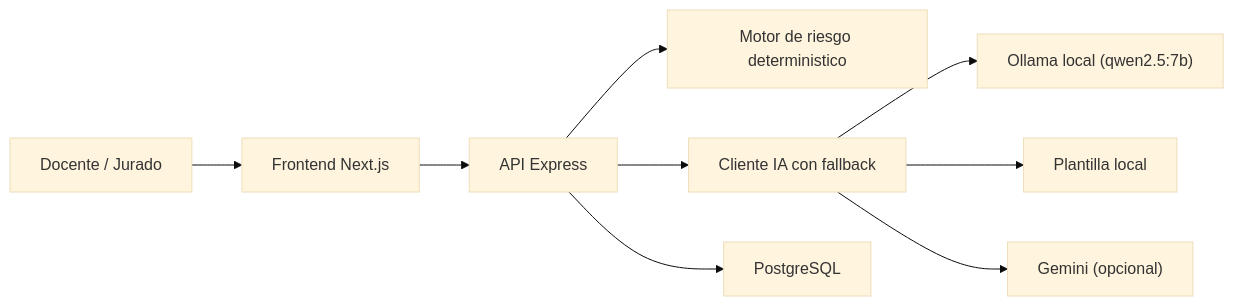
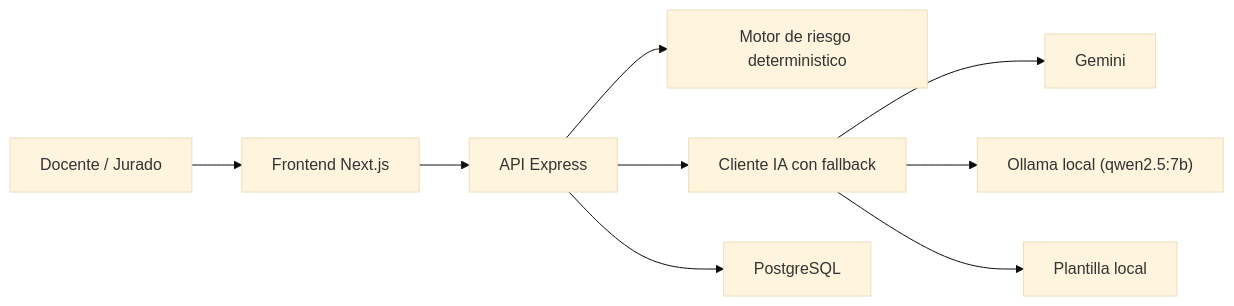
Before and after one commit to Alexismenethil/hackaton2026: the diagram in README.md, drawn with Mermaid (base theme). The commit also changed other lines of this file and 7 other files, not shown here.

````diff
--- a/README.md
+++ b/README.md
@@ -28,11 +28,11 @@
 ```mermaid
 flowchart LR
     A["Docente / Jurado"] --> B["Frontend Next.js"]
     B --> C["API Express"]
     C --> D["Motor de riesgo deterministico"]
     C --> E["Cliente IA con fallback"]
     C --> F["PostgreSQL"]
+    E --> G["Gemini"]
     E --> H["Ollama local (qwen2.5:7b)"]
     E --> I["Plantilla local"]
-    E --> G["Gemini (opcional)"]
 ```
````
